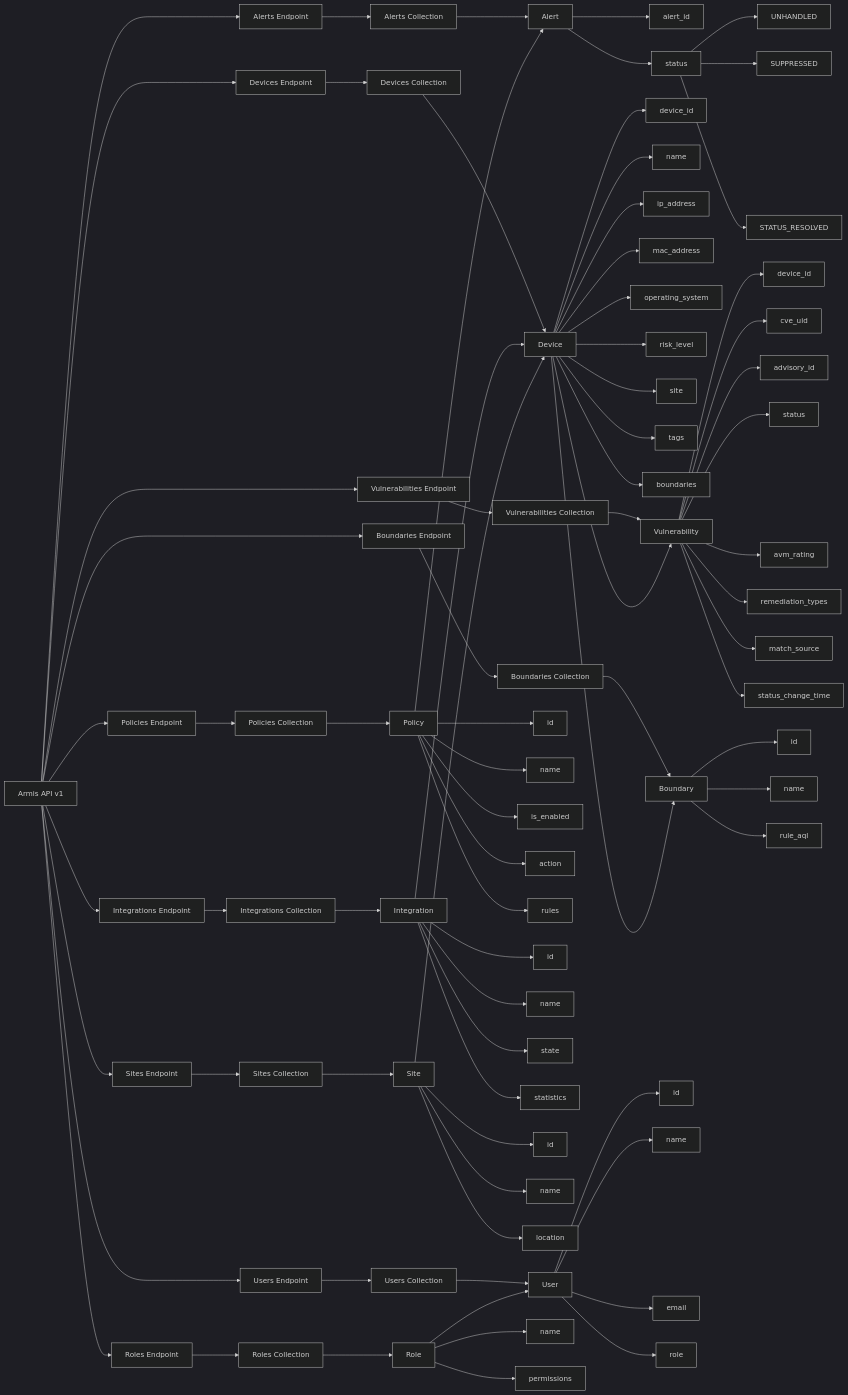
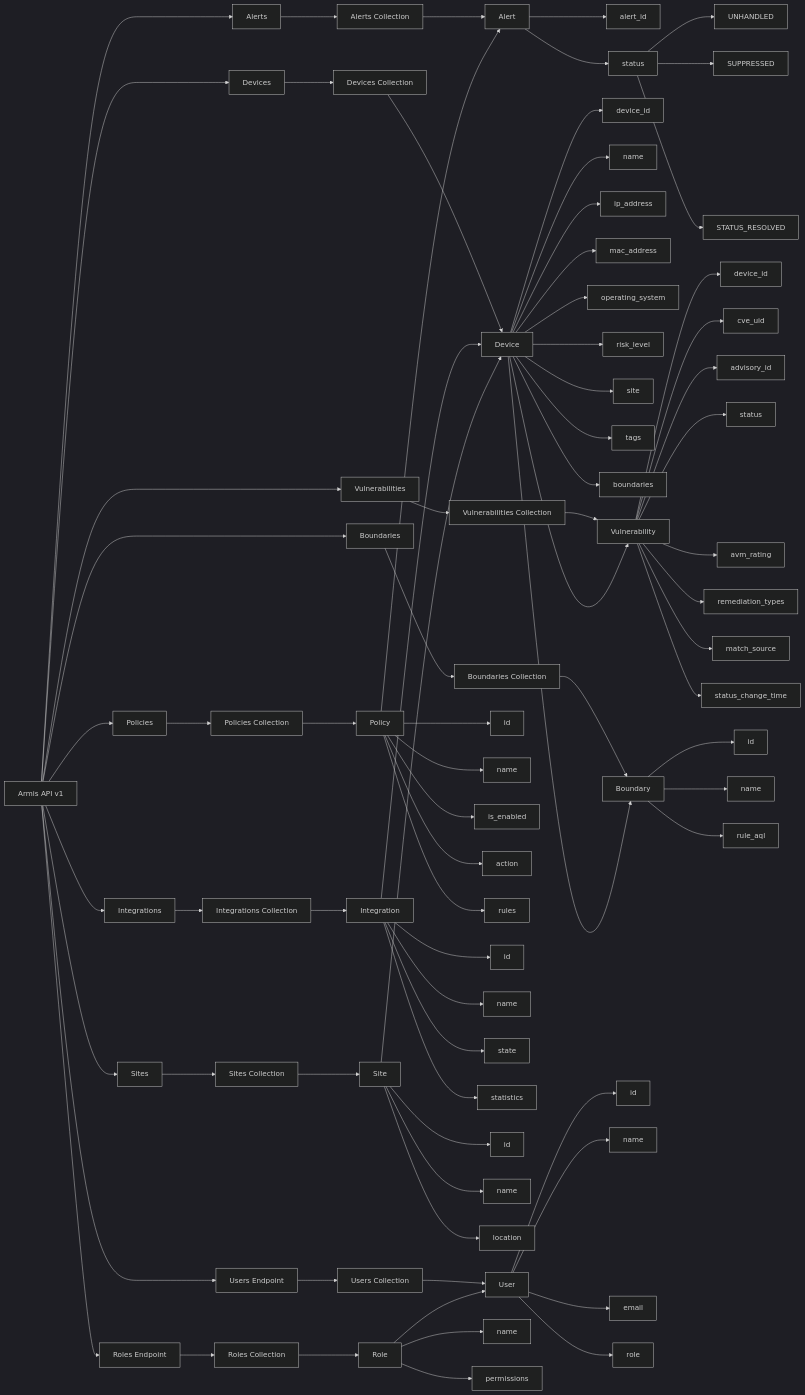
Before and after one commit to markteicher/Armis-Centrix-for-Splunk: the diagram in armis_api_flowchart.mmd, drawn with Mermaid (dark theme).

```diff
--- a/armis_api_flowchart.mmd
+++ b/armis_api_flowchart.mmd
@@ -1,124 +1,124 @@
 flowchart LR
 
 %% =====================
 %% CORE ENTRY
 %% =====================
 API[Armis API v1]
 
 %% =====================
 %% ALERTS
 %% =====================
-API --> ALERTS_ENDPOINT[Alerts Endpoint]
+API --> ALERTS_ENDPOINT[Alerts]
 ALERTS_ENDPOINT --> ALERTS_LIST[Alerts Collection]
 ALERTS_LIST --> ALERT[Alert]
 ALERT --> ALERT_ID[alert_id]
 ALERT --> ALERT_STATUS[status]
 ALERT_STATUS --> STATUS_UNHANDLED[UNHANDLED]
 ALERT_STATUS --> STATUS_SUPPRESSED[SUPPRESSED]
 ALERT_STATUS --> STATUS_RESOLVED
 
 %% =====================
 %% DEVICES
 %% =====================
-API --> DEVICES_ENDPOINT[Devices Endpoint]
+API --> DEVICES_ENDPOINT[Devices]
 DEVICES_ENDPOINT --> DEVICES_LIST[Devices Collection]
 DEVICES_LIST --> DEVICE[Device]
 DEVICE --> DEVICE_ID[device_id]
 DEVICE --> DEVICE_NAME[name]
 DEVICE --> DEVICE_IP[ip_address]
 DEVICE --> DEVICE_MAC[mac_address]
 DEVICE --> DEVICE_OS[operating_system]
 DEVICE --> DEVICE_RISK[risk_level]
 DEVICE --> DEVICE_SITE[site]
 DEVICE --> DEVICE_TAGS[tags]
 DEVICE --> DEVICE_BOUNDARIES[boundaries]
 
 %% =====================
 %% VULNERABILITIES
 %% =====================
-API --> VULNS_ENDPOINT[Vulnerabilities Endpoint]
+API --> VULNS_ENDPOINT[Vulnerabilities]
 VULNS_ENDPOINT --> VULNS_LIST[Vulnerabilities Collection]
 VULNS_LIST --> VULN[Vulnerability]
 VULN --> VULN_DEVICE_ID[device_id]
 VULN --> VULN_CVE[cve_uid]
 VULN --> VULN_ADVISORY[advisory_id]
 VULN --> VULN_STATUS[status]
 VULN --> VULN_AVM[avm_rating]
 VULN --> VULN_REMEDIATION[remediation_types]
 VULN --> VULN_MATCH_SOURCE[match_source]
 VULN --> VULN_STATUS_TIME[status_change_time]
 
 DEVICE --> VULN
 
 %% =====================
 %% BOUNDARIES
 %% =====================
-API --> BOUNDARIES_ENDPOINT[Boundaries Endpoint]
+API --> BOUNDARIES_ENDPOINT[Boundaries]
 BOUNDARIES_ENDPOINT --> BOUNDARIES_LIST[Boundaries Collection]
 BOUNDARIES_LIST --> BOUNDARY[Boundary]
 BOUNDARY --> BOUNDARY_ID[id]
 BOUNDARY --> BOUNDARY_NAME[name]
 BOUNDARY --> BOUNDARY_RULE[rule_aql]
 
 DEVICE --> BOUNDARY
 
 %% =====================
 %% POLICIES
 %% =====================
-API --> POLICIES_ENDPOINT[Policies Endpoint]
+API --> POLICIES_ENDPOINT[Policies]
 POLICIES_ENDPOINT --> POLICIES_LIST[Policies Collection]
 POLICIES_LIST --> POLICY[Policy]
 POLICY --> POLICY_ID[id]
 POLICY --> POLICY_NAME[name]
 POLICY --> POLICY_ENABLED[is_enabled]
 POLICY --> POLICY_ACTION[action]
 POLICY --> POLICY_RULES[rules]
 
 POLICY --> ALERT
 
 %% =====================
 %% INTEGRATIONS
 %% =====================
-API --> INTEGRATIONS_ENDPOINT[Integrations Endpoint]
+API --> INTEGRATIONS_ENDPOINT[Integrations]
 INTEGRATIONS_ENDPOINT --> INTEGRATIONS_LIST[Integrations Collection]
 INTEGRATIONS_LIST --> INTEGRATION[Integration]
 INTEGRATION --> INTEGRATION_ID[id]
 INTEGRATION --> INTEGRATION_NAME[name]
 INTEGRATION --> INTEGRATION_STATE[state]
 INTEGRATION --> INTEGRATION_STATS[statistics]
 
 INTEGRATION --> DEVICE
 
 %% =====================
 %% SITES
 %% =====================
-API --> SITES_ENDPOINT[Sites Endpoint]
+API --> SITES_ENDPOINT[Sites]
 SITES_ENDPOINT --> SITES_LIST[Sites Collection]
 SITES_LIST --> SITE[Site]
 SITE --> SITE_ID[id]
 SITE --> SITE_NAME[name]
 SITE --> SITE_LOCATION[location]
 
 SITE --> DEVICE
 
 %% =====================
 %% USERS
 %% =====================
 API --> USERS_ENDPOINT[Users Endpoint]
 USERS_ENDPOINT --> USERS_LIST[Users Collection]
 USERS_LIST --> USER[User]
 USER --> USER_ID[id]
 USER --> USER_NAME[name]
 USER --> USER_EMAIL[email]
 USER --> USER_ROLE[role]
 
 %% =====================
 %% ROLES
 %% =====================
 API --> ROLES_ENDPOINT[Roles Endpoint]
 ROLES_ENDPOINT --> ROLES_LIST[Roles Collection]
 ROLES_LIST --> ROLE[Role]
 ROLE --> ROLE_NAME[name]
 ROLE --> ROLE_PERMISSIONS[permissions]
 
 ROLE --> USER
```
